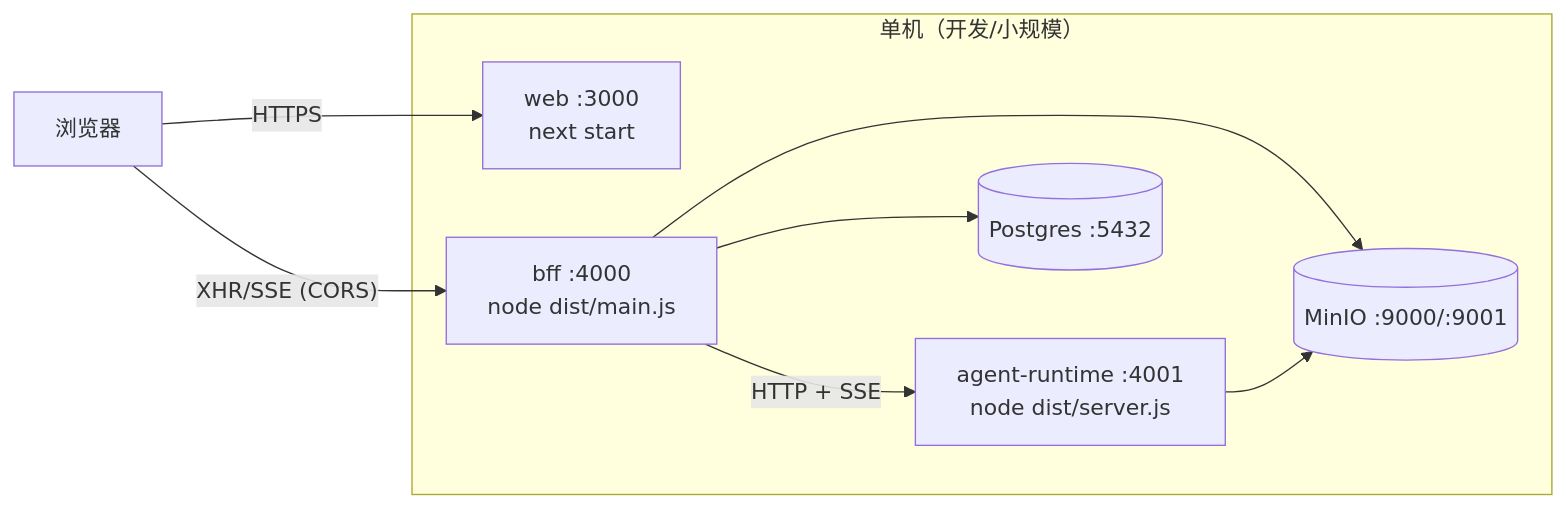
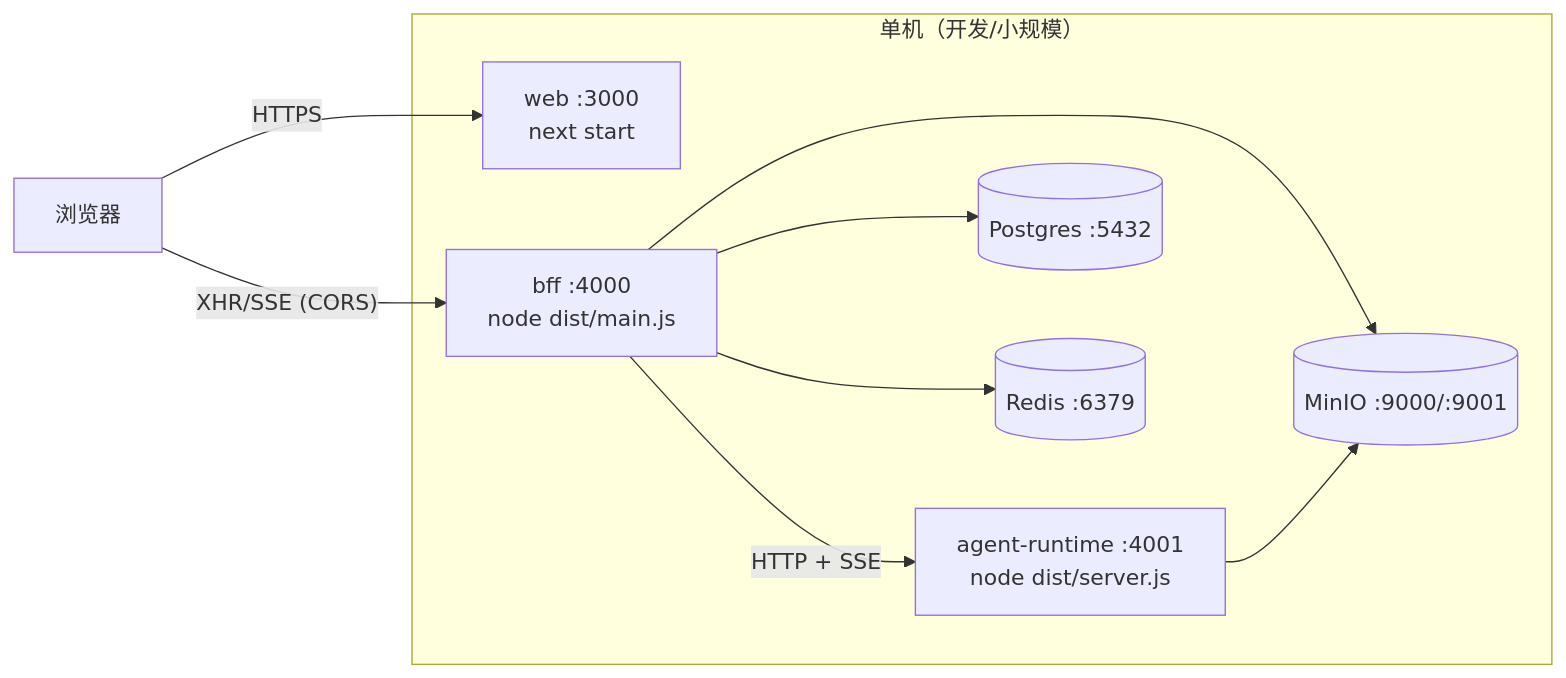
Before and after one commit to sylarjyd/work_sylar: the first of 4 diagrams in docs/design/02-architecture.md, drawn with Mermaid. The commit also changed other lines of this file and 7 other files, not shown here.

````diff
--- a/docs/design/02-architecture.md
+++ b/docs/design/02-architecture.md
@@ -40,16 +40,18 @@
 ```mermaid
 flowchart LR
     subgraph Host["单机（开发/小规模）"]
         WEB["web :3000<br/>next start"]
         BFF["bff :4000<br/>node dist/main.js"]
         RT["agent-runtime :4001<br/>node dist/server.js"]
         PG[("Postgres :5432")]
         S3[("MinIO :9000/:9001")]
+        REDIS[("Redis :6379")]
     end
     Browser["浏览器"] -->|HTTPS| WEB
     Browser -->|"XHR/SSE (CORS)"| BFF
     BFF -->|"HTTP + SSE"| RT
     BFF --> PG
     BFF --> S3
+    BFF --> REDIS
     RT --> S3
 ```
````
